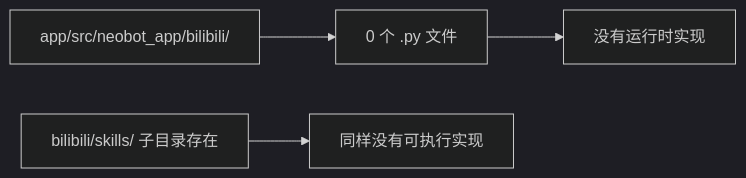
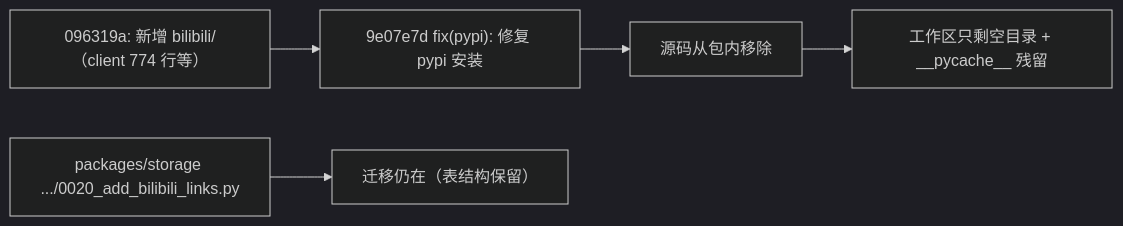
One commit to SuperQuail/NeoBot changed the seventh of 7 diagrams in docs/flow/21-web-parse-bilibili.md. Above: the diagram before and after it, drawn with Mermaid (dark theme). The commit also changed other lines of this file and 3 other files, not shown here.

First line of the commit message:
fix(flow): 目录型 covers 缺失改为警告，修正 bilibili 小节的历史

````diff
--- a/docs/flow/21-web-parse-bilibili.md
+++ b/docs/flow/21-web-parse-bilibili.md
@@ -140,6 +140,7 @@
 ```mermaid
 flowchart LR
-    A["app/src/neobot_app/bilibili/"] --> B["0 个 .py 文件"]
-    B --> C["没有运行时实现"]
-    D["bilibili/skills/ 子目录存在"] --> E["同样没有可执行实现"]
+    A["096319a: 新增 bilibili/（client 774 行等）"] --> B["9e07e7d fix(pypi): 修复 pypi 安装"]
+    B --> C["源码从包内移除"]
+    C --> D["工作区只剩空目录 + __pycache__ 残留"]
+    E["packages/storage .../0020_add_bilibili_links.py"] --> F["迁移仍在（表结构保留）"]
 ```
````
